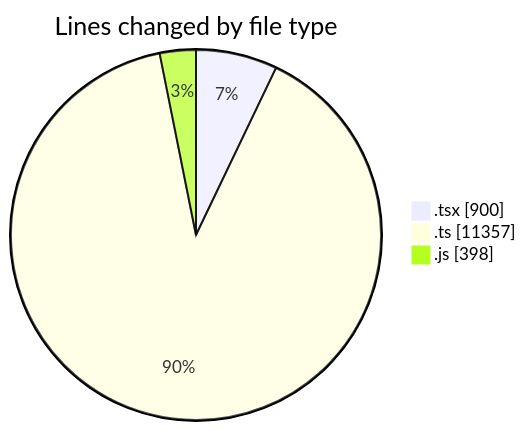
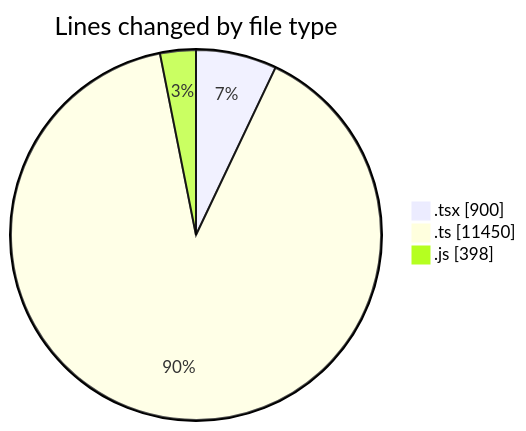
The first of 2 diagrams in 2025-11-26/cda/README.md (momahboobian/code-tracking), drawn with Mermaid before and after one commit. The commit also changed other lines of this file and 1 other file, not shown here.

````diff
--- a/2025-11-26/cda/README.md
+++ b/2025-11-26/cda/README.md
@@ -26,7 +26,7 @@
 ```mermaid
 pie showData
 title Lines changed by file type
 ".tsx" : 900
-".ts" : 11357
+".ts" : 11450
 ".js" : 398
 ```
````
